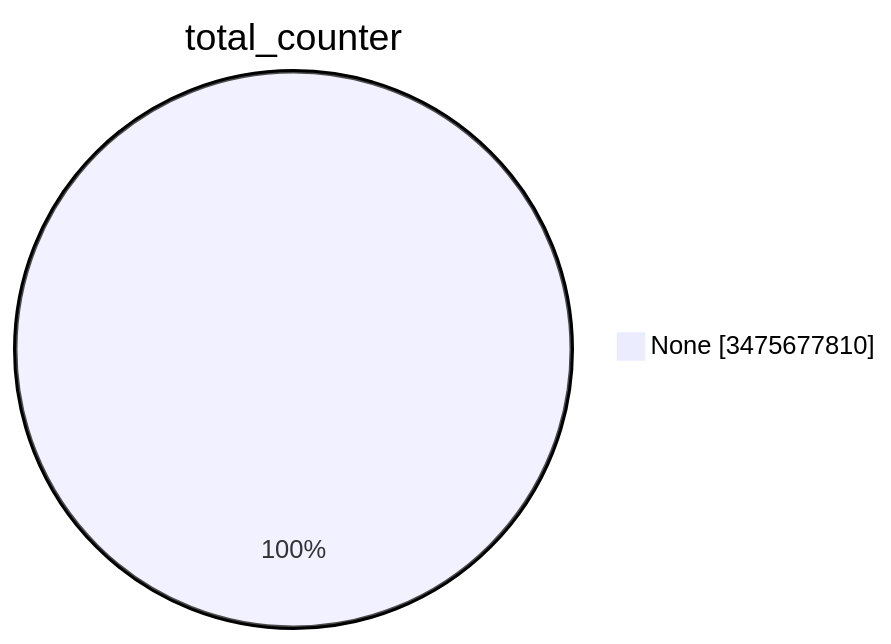
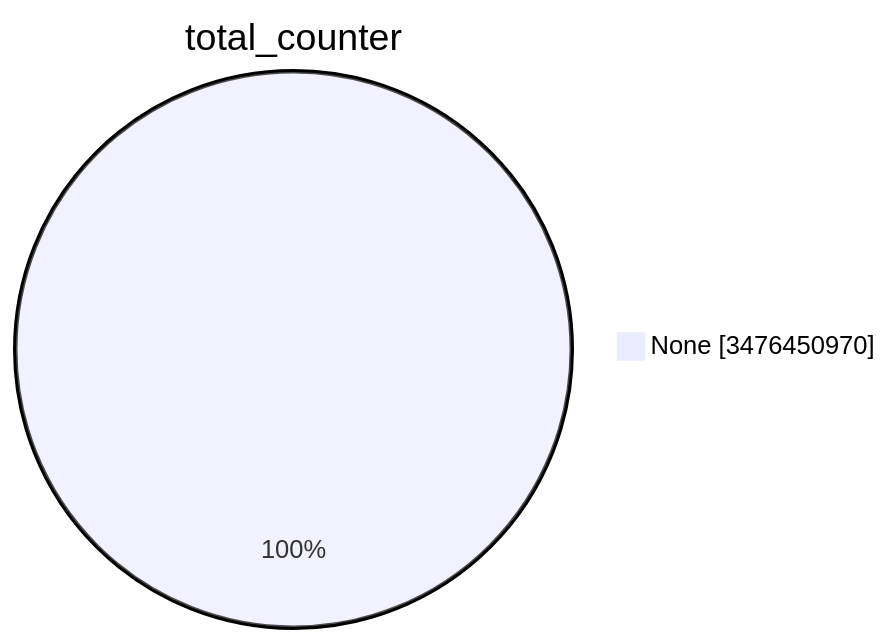
One commit to christiankrug/ctmonitor_visualization changed the first of 15 diagrams in TOTAL/README.md. Above: the diagram before and after it, drawn with Mermaid. The commit also changed other lines of this file, not shown here.

````diff
--- a/TOTAL/README.md
+++ b/TOTAL/README.md
@@ -1,5 +1,5 @@
 ```mermaid
 pie showData
 title total_counter
-"None" :3475677810
+"None" :3476450970
 ```
````
